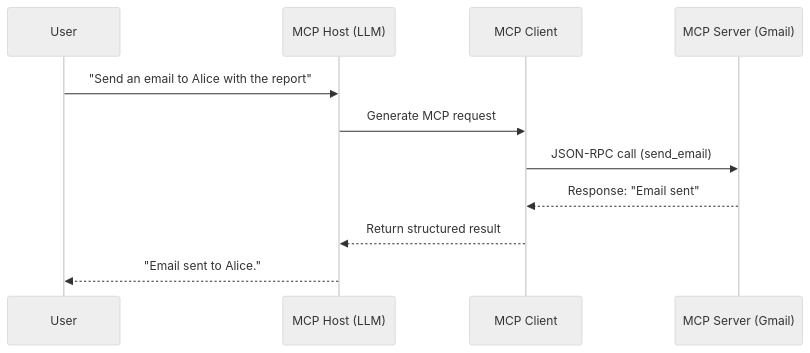
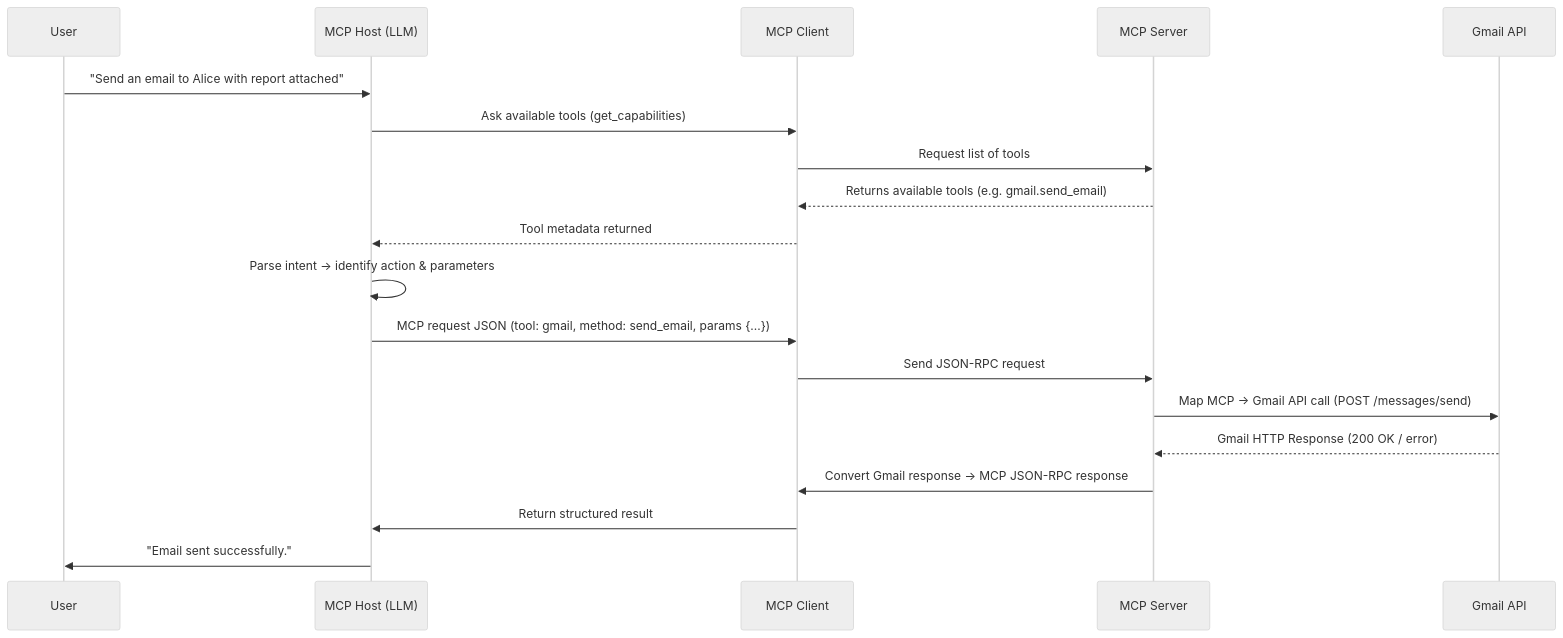
Before and after one commit to bicep/ol-demo: the diagram in docs/example.md, drawn with Mermaid (neutral theme). The commit also changed other lines of this file and 4 other files, not shown here.

````diff
--- a/docs/example.md
+++ b/docs/example.md
@@ -28,14 +67,21 @@
 ```mermaid
 sequenceDiagram
-    participant U as User
-    participant H as MCP Host (LLM)
-    participant C as MCP Client
-    participant G as MCP Server (Gmail)
-
-    U->>H: "Send an email to Alice with the report"
-    H->>C: Generate MCP request
-    C->>G: JSON-RPC call (send_email)
-    G-->>C: Response: "Email sent"
-    C-->>H: Return structured result
-    H-->>U: "Email sent to Alice."
+  participant U as User
+  participant H as MCP Host (LLM)
+  participant C as MCP Client
+  participant S as MCP Server
+  participant G as Gmail API
+  U->>H: "Send an email to Alice with report attached"
+  H->>C: Ask available tools (get_capabilities)
+  C->>S: Request list of tools
+  S-->>C: Returns available tools (e.g. gmail.send_email)
+  C-->>H: Tool metadata returned
+  H->>H: Parse intent → identify action & parameters
+  H->>C: MCP request JSON (tool: gmail, method: send_email, params {...})
+  C->>S: Send JSON-RPC request
+  S->>G: Map MCP → Gmail API call (POST /messages/send)
+  G-->>S: Gmail HTTP Response (200 OK / error)
+  S->>C: Convert Gmail response → MCP JSON-RPC response
+  C->>H: Return structured result
+  H->>U: "Email sent successfully."
 ```
````
